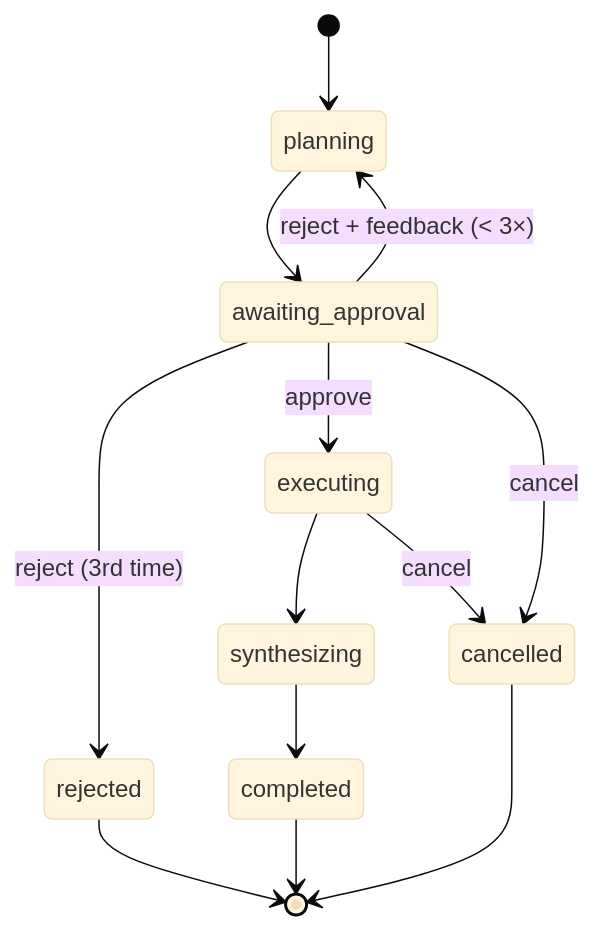
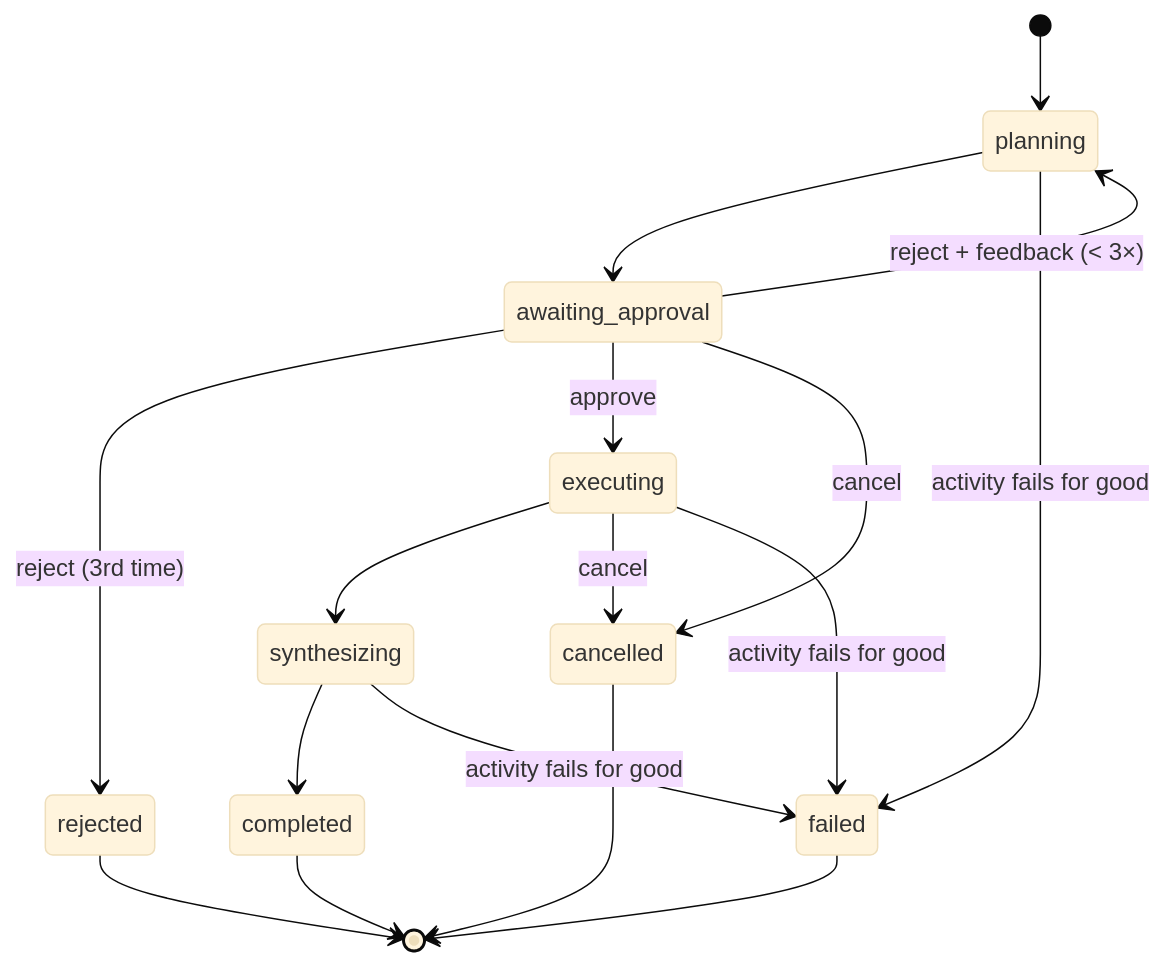
The first of 2 diagrams in README.md (oleh-kravchuk-ua/temporal-claude), drawn with Mermaid (base theme) before and after one commit. The commit also changed other lines of this file and 9 other files, not shown here.

First line of the commit message:
fix(workflow): report failed runs instead of leaving them stuck in planning (#28)

````diff
--- a/README.md
+++ b/README.md
@@ -10,15 +10,19 @@
 ```mermaid
 stateDiagram-v2
     [*] --> planning
     planning --> awaiting_approval
     awaiting_approval --> planning: reject + feedback (< 3×)
     awaiting_approval --> rejected: reject (3rd time)
     awaiting_approval --> executing: approve
     executing --> synthesizing
     synthesizing --> completed
     awaiting_approval --> cancelled: cancel
     executing --> cancelled: cancel
+    planning --> failed: activity fails for good
+    executing --> failed: activity fails for good
+    synthesizing --> failed: activity fails for good
     completed --> [*]
     rejected --> [*]
     cancelled --> [*]
+    failed --> [*]
 ```
````
